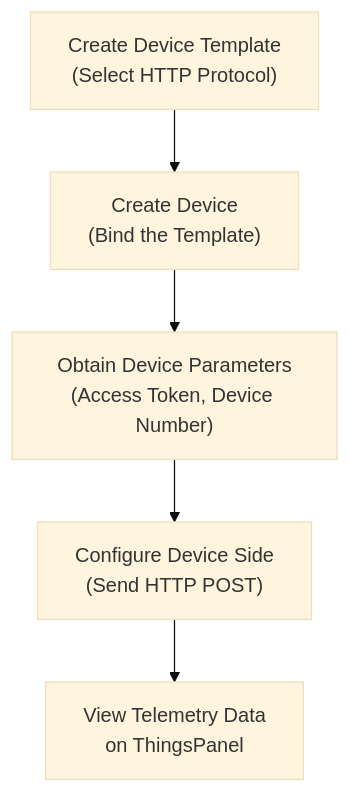
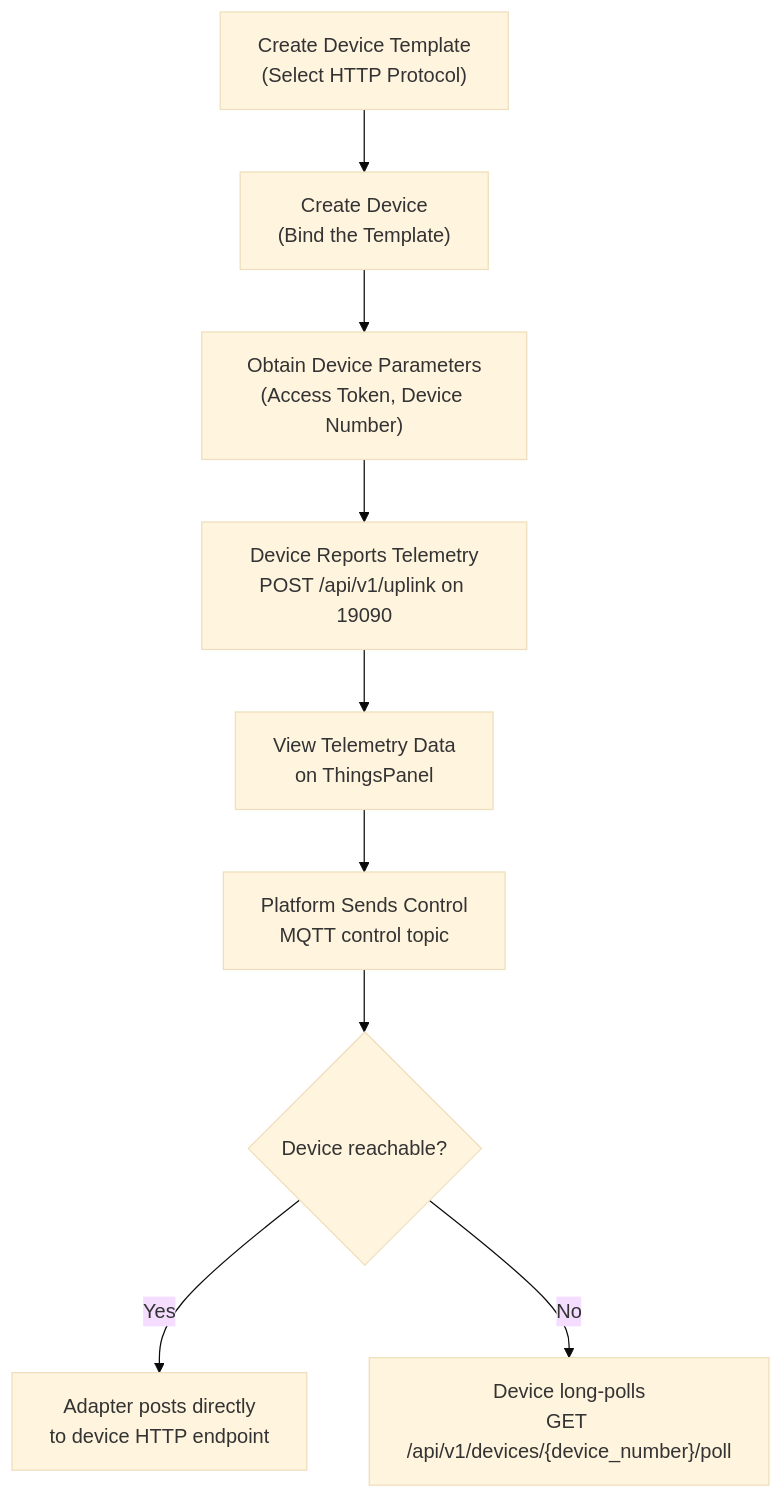
The diagram in docs/device-connectivity/http.md (ThingsPanel/thingspanel.github.io), drawn with Mermaid (base theme) before and after one commit. The commit also changed other lines of this file and 7 other files, not shown here.

````diff
--- a/docs/device-connectivity/http.md
+++ b/docs/device-connectivity/http.md
@@ -21,7 +33,11 @@
 ```mermaid
 graph TD
     A["Create Device Template<br/>(Select HTTP Protocol)"] --> B["Create Device<br/>(Bind the Template)"]
     B --> C["Obtain Device Parameters<br/>(Access Token, Device Number)"]
-    C --> D["Configure Device Side<br/>(Send HTTP POST)"]
+    C --> D["Device Reports Telemetry<br/>POST /api/v1/uplink on 19090"]
     D --> E["View Telemetry Data<br/>on ThingsPanel"]
+    E --> F["Platform Sends Control<br/>MQTT control topic"]
+    F --> G{"Device reachable?"}
+    G -->|Yes| H["Adapter posts directly<br/>to device HTTP endpoint"]
+    G -->|No| I["Device long-polls<br/>GET /api/v1/devices/{device_number}/poll"]
 ```
````
